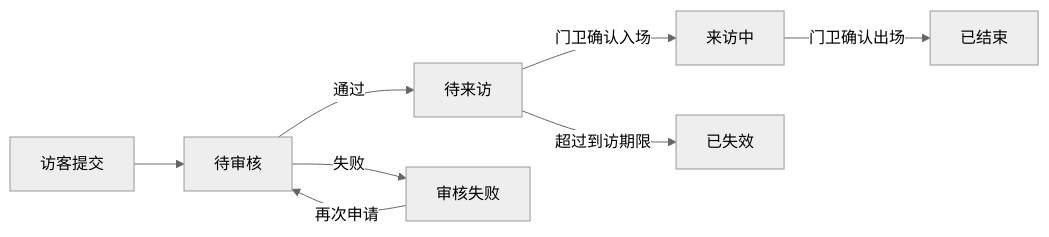
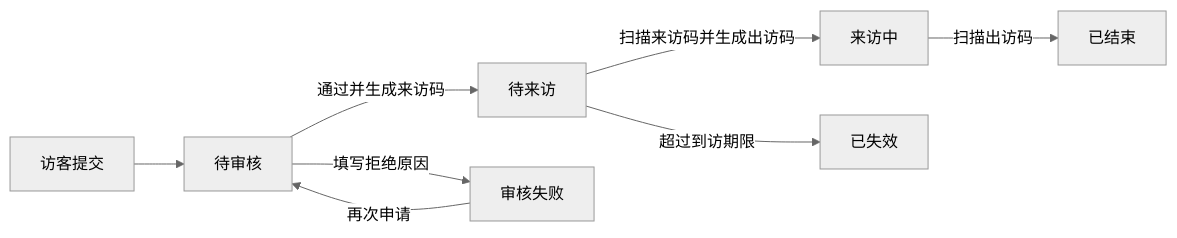
One commit to tangxiaochen755-droid/visitor-phase1-prototype changed the diagram in 一期功能范围与前台映射.md. Above: the diagram before and after it, drawn with Mermaid (neutral theme). The commit also changed other lines of this file, not shown here.

````diff
--- a/一期功能范围与前台映射.md
+++ b/一期功能范围与前台映射.md
@@ -67,10 +68,10 @@
 ```mermaid
 flowchart LR
     A["访客提交"] --> B["待审核"]
-    B -->|通过| C["待来访"]
-    B -->|失败| D["审核失败"]
+    B -->|通过并生成来访码| C["待来访"]
+    B -->|填写拒绝原因| D["审核失败"]
     D -->|再次申请| B
-    C -->|门卫确认入场| E["来访中"]
+    C -->|扫描来访码并生成出访码| E["来访中"]
     C -->|超过到访期限| F["已失效"]
-    E -->|门卫确认出场| G["已结束"]
+    E -->|扫描出访码| G["已结束"]
 ```
````
